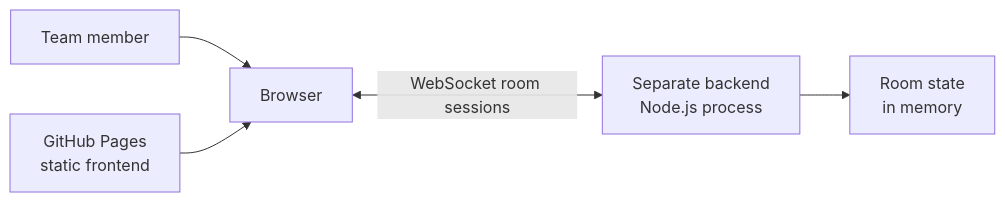
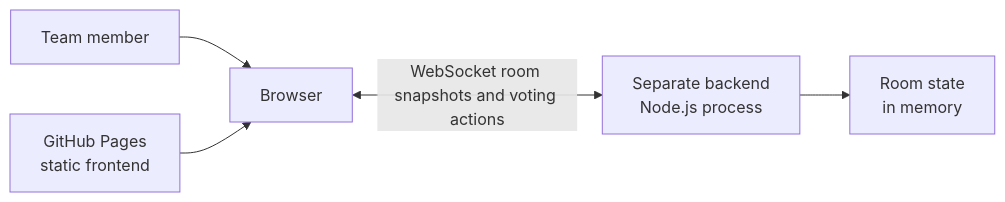
The diagram in docs/system-design.md (AI-Assisted-Coding-Training/ai-assisted-training-london-RAM), drawn with Mermaid before and after one commit. The commit also changed other lines of this file and 3 other files, not shown here.

````diff
--- a/docs/system-design.md
+++ b/docs/system-design.md
@@ -8,7 +14,7 @@
 ```mermaid
 flowchart LR
     User[Team member] --> Browser[Browser]
     Pages[GitHub Pages<br/>static frontend] --> Browser
-    Browser <-->|WebSocket room sessions| Backend[Separate backend<br/>Node.js process]
+    Browser <-->|WebSocket room snapshots and voting actions| Backend[Separate backend<br/>Node.js process]
     Backend --> State[Room state<br/>in memory]
 ```
````
